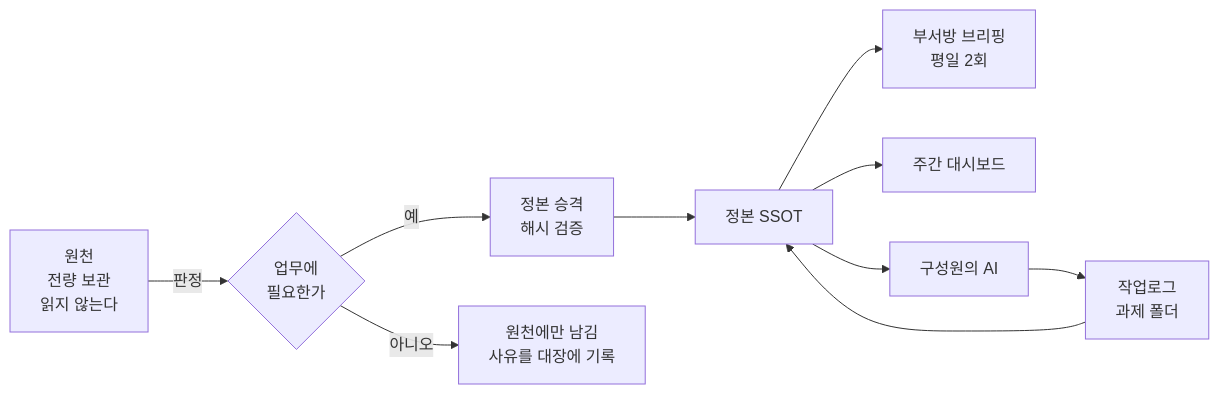
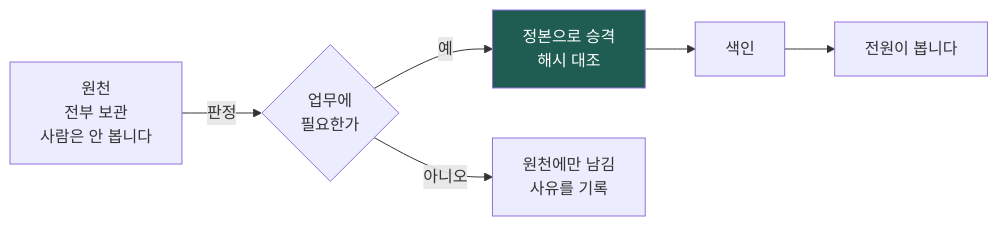
The fifth of 8 diagrams in README.md (Roykoo83/ur-harness), drawn with Mermaid before and after one commit. The commit also changed other lines of this file, not shown here.

````diff
--- a/README.md
+++ b/README.md
@@ -96,12 +399,9 @@
 ```mermaid
 flowchart LR
-    S["원천<br/>전량 보관<br/>읽지 않는다"] -->|"판정"| J{"업무에<br/>필요한가"}
-    J -->|"예"| P["정본 승격<br/>해시 검증"]
-    J -->|"아니오"| X["원천에만 남김<br/>사유를 대장에 기록"]
-    P --> D["정본 SSOT"]
-    D --> R1["부서방 브리핑<br/>평일 2회"]
-    D --> R2["주간 대시보드"]
-    D --> R3["구성원의 AI"]
-    R3 --> L["작업로그<br/>과제 폴더"]
-    L --> D
+    S["원천<br/>전부 보관<br/>사람은 안 봅니다"] -->|"판정"| J{"업무에<br/>필요한가"}
+    J -->|"예"| P["정본으로 승격<br/>해시 대조"]
+    J -->|"아니오"| X["원천에만 남김<br/>사유를 기록"]
+    P --> I["색인"]
+    I --> U["전원이 봅니다"]
+    style P fill:#1F5D52,color:#fff
 ```
````
